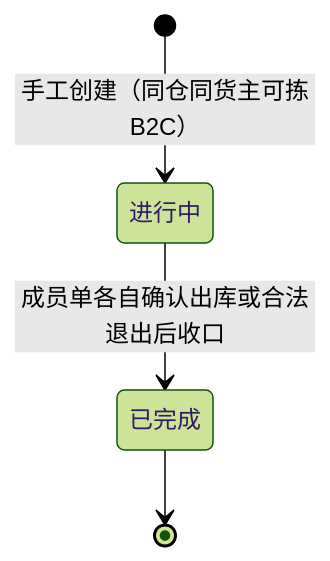
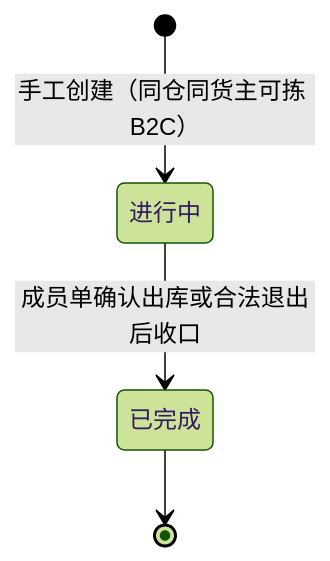
One commit to TopVitamin/QS-WMS-Project changed the fourth of 4 diagrams in 05-应用设计方案/20261002-MVP版本/系统架构设计/03-单据与状态流转.md. Above: the diagram before and after it, drawn with Mermaid (forest theme). The commit also changed other lines of this file and 82 other files, not shown here.

````diff
--- a/05-应用设计方案/20261002-MVP版本/系统架构设计/03-单据与状态流转.md
+++ b/05-应用设计方案/20261002-MVP版本/系统架构设计/03-单据与状态流转.md
@@ -143,6 +146,6 @@
 ```mermaid
 stateDiagram-v2
-    [*] --> 进行中: 手工创建（同仓同货主可拣B2C）
-    进行中 --> 已完成: 成员单各自确认出库或合法退出后收口
+    [*] --> 进行中: 手工创建（同仓同货主可拣 B2C）
+    进行中 --> 已完成: 成员单确认出库或合法退出后收口
     已完成 --> [*]
 ```
````
